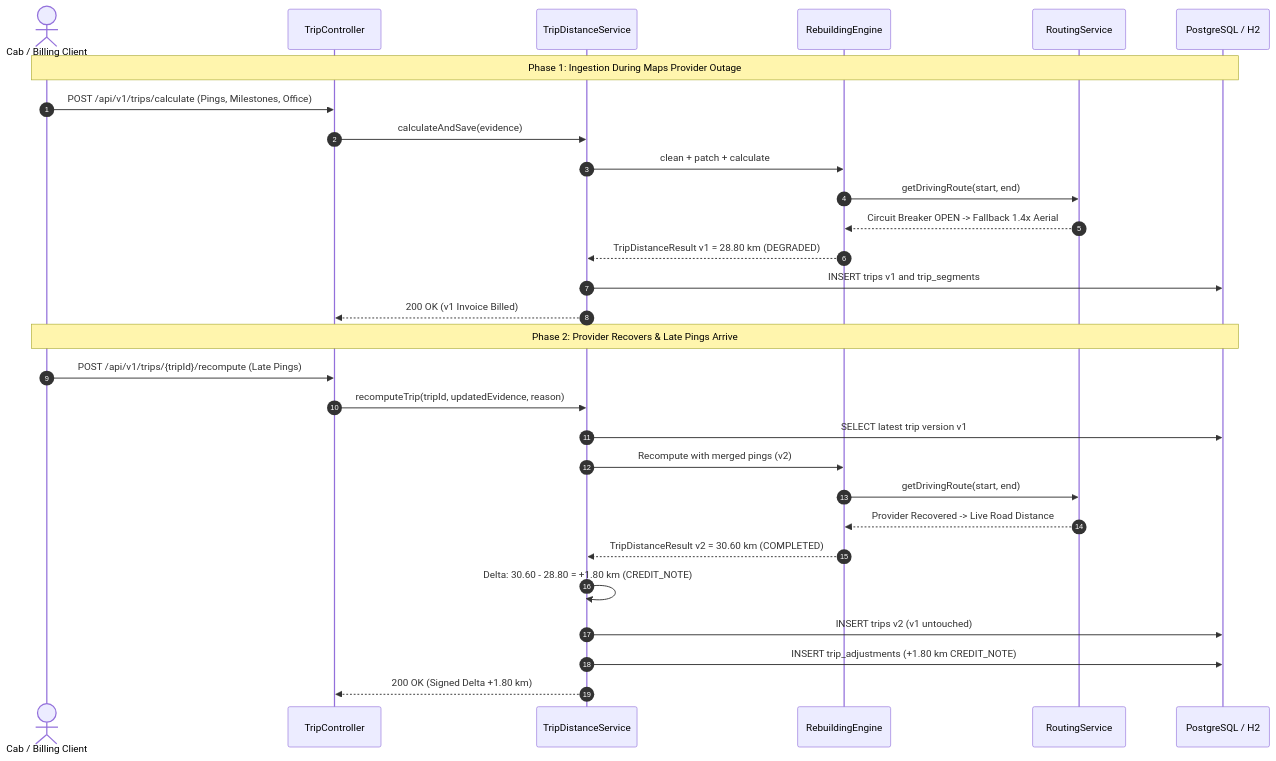
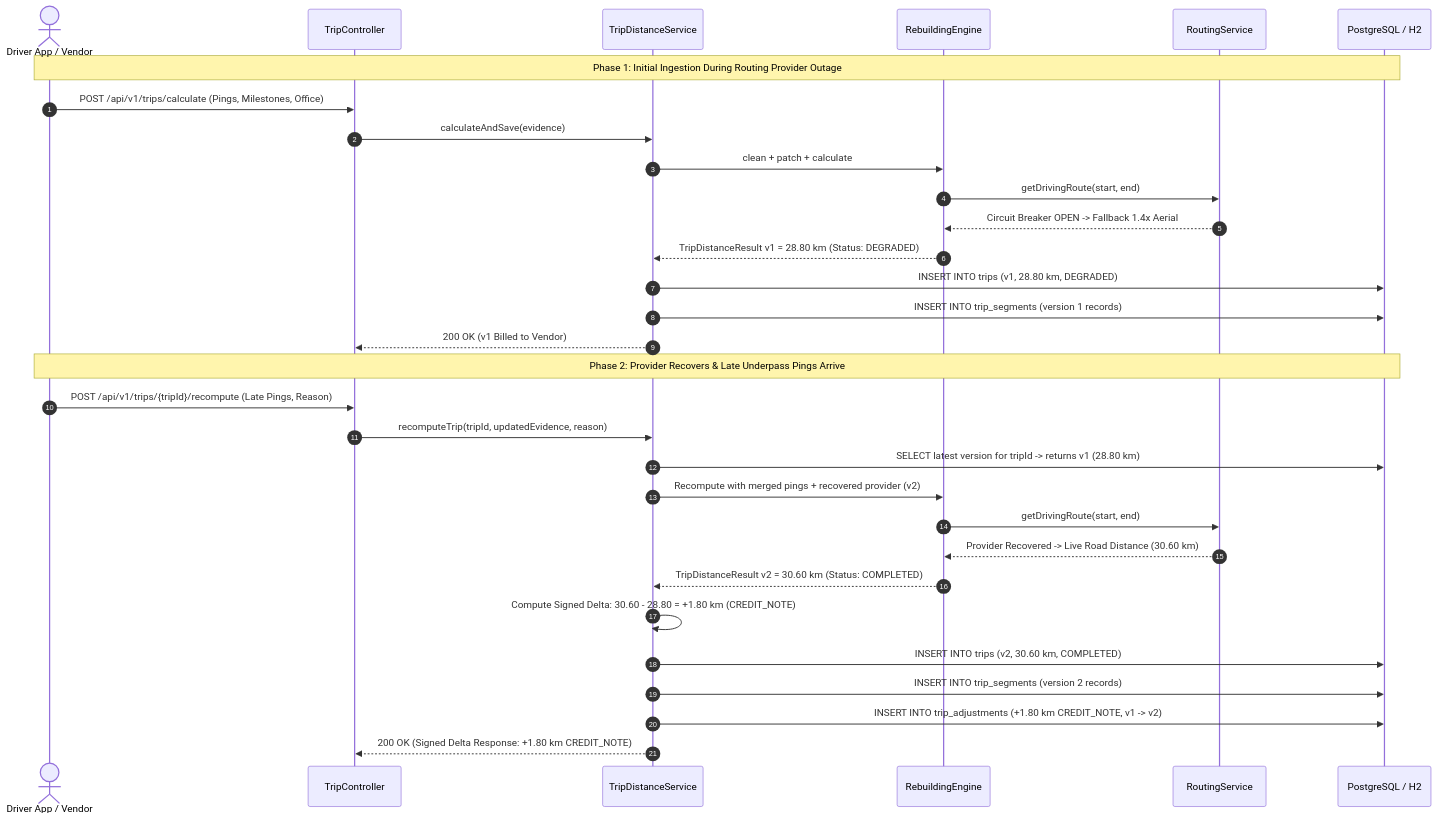
The third of 4 diagrams in README.md (kamran-asif/GPS-Gap-Backfill-Billable-Distance-Reconstruction), drawn with Mermaid before and after one commit. The commit also changed other lines of this file, not shown here.

Commit message:
docs: restructure README.md with all 18 enterprise sections, diagrams, and benchmarks

````diff
--- a/README.md
+++ b/README.md
@@ -128,33 +257,36 @@
 ```mermaid
 sequenceDiagram
     autonumber
-    actor Vendor as Cab / Billing Client
+    actor Driver as Driver App / Vendor
     participant API as TripController
     participant Svc as TripDistanceService
     participant Engine as RebuildingEngine
     participant Route as RoutingService
     participant DB as PostgreSQL / H2
 
-    Note over Vendor,DB: Phase 1: Ingestion During Maps Provider Outage
-    Vendor->>API: POST /api/v1/trips/calculate (Pings, Milestones, Office)
+    Note over Driver,DB: Phase 1: Initial Ingestion During Routing Provider Outage
+    Driver->>API: POST /api/v1/trips/calculate (Pings, Milestones, Office)
     API->>Svc: calculateAndSave(evidence)
     Svc->>Engine: clean + patch + calculate
     Engine->>Route: getDrivingRoute(start, end)
     Route-->>Engine: Circuit Breaker OPEN -> Fallback 1.4x Aerial
-    Engine-->>Svc: TripDistanceResult v1 = 28.80 km (DEGRADED)
-    Svc->>DB: INSERT trips v1 and trip_segments
-    Svc-->>API: 200 OK (v1 Invoice Billed)
+    Engine-->>Svc: TripDistanceResult v1 = 28.80 km (Status: DEGRADED)
+    Svc->>DB: INSERT INTO trips (v1, 28.80 km, DEGRADED)
+    Svc->>DB: INSERT INTO trip_segments (version 1 records)
+    Svc-->>API: 200 OK (v1 Billed to Vendor)
 
-    Note over Vendor,DB: Phase 2: Provider Recovers & Late Pings Arrive
-    Vendor->>API: POST /api/v1/trips/{tripId}/recompute (Late Pings)
+    Note over Driver,DB: Phase 2: Provider Recovers & Late Underpass Pings Arrive
+    Driver->>API: POST /api/v1/trips/{tripId}/recompute (Late Pings, Reason)
     API->>Svc: recomputeTrip(tripId, updatedEvidence, reason)
-    Svc->>DB: SELECT latest trip version v1
-    Svc->>Engine: Recompute with merged pings (v2)
+    Svc->>DB: SELECT latest version for tripId -> returns v1 (28.80 km)
+    Svc->>Engine: Recompute with merged pings + recovered provider (v2)
     Engine->>Route: getDrivingRoute(start, end)
-    Route-->>Engine: Provider Recovered -> Live Road Distance
-    Engine-->>Svc: TripDistanceResult v2 = 30.60 km (COMPLETED)
-    Svc->>Svc: Delta: 30.60 - 28.80 = +1.80 km (CREDIT_NOTE)
-    Svc->>DB: INSERT trips v2 (v1 untouched)
-    Svc->>DB: INSERT trip_adjustments (+1.80 km CREDIT_NOTE)
-    Svc-->>API: 200 OK (Signed Delta +1.80 km)
+    Route-->>Engine: Provider Recovered -> Live Road Distance (30.60 km)
+    Engine-->>Svc: TripDistanceResult v2 = 30.60 km (Status: COMPLETED)
+    
+    Svc->>Svc: Compute Signed Delta: 30.60 - 28.80 = +1.80 km (CREDIT_NOTE)
+    Svc->>DB: INSERT INTO trips (v2, 30.60 km, COMPLETED)
+    Svc->>DB: INSERT INTO trip_segments (version 2 records)
+    Svc->>DB: INSERT INTO trip_adjustments (+1.80 km CREDIT_NOTE, v1 -> v2)
+    Svc-->>API: 200 OK (Signed Delta Response: +1.80 km CREDIT_NOTE)
 ```
````
